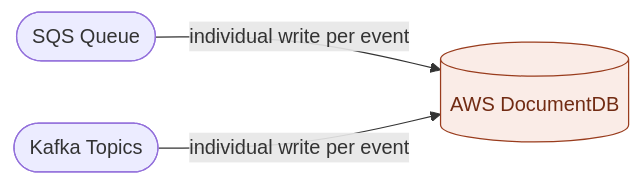
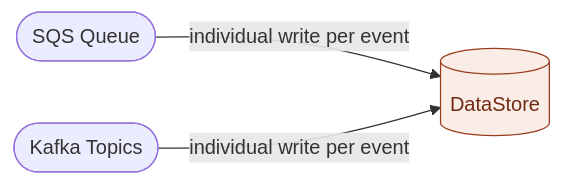
The first of 15 diagrams in README.md (hussainpithawala/sluice-go), drawn with Mermaid before and after one commit. The commit also changed other lines of this file and 1 other file, not shown here.

````diff
--- a/README.md
+++ b/README.md
@@ -30,11 +35,11 @@
 ```mermaid
 flowchart LR
     SQS([SQS Queue])
     KAF([Kafka Topics])
-    DB[(AWS DocumentDB)]
+    DB[(DataStore)]
 
     SQS -->|individual write per event| DB
     KAF -->|individual write per event| DB
 
     style DB fill:#FAECE7,stroke:#993C1D,color:#712B13
 ```
````
